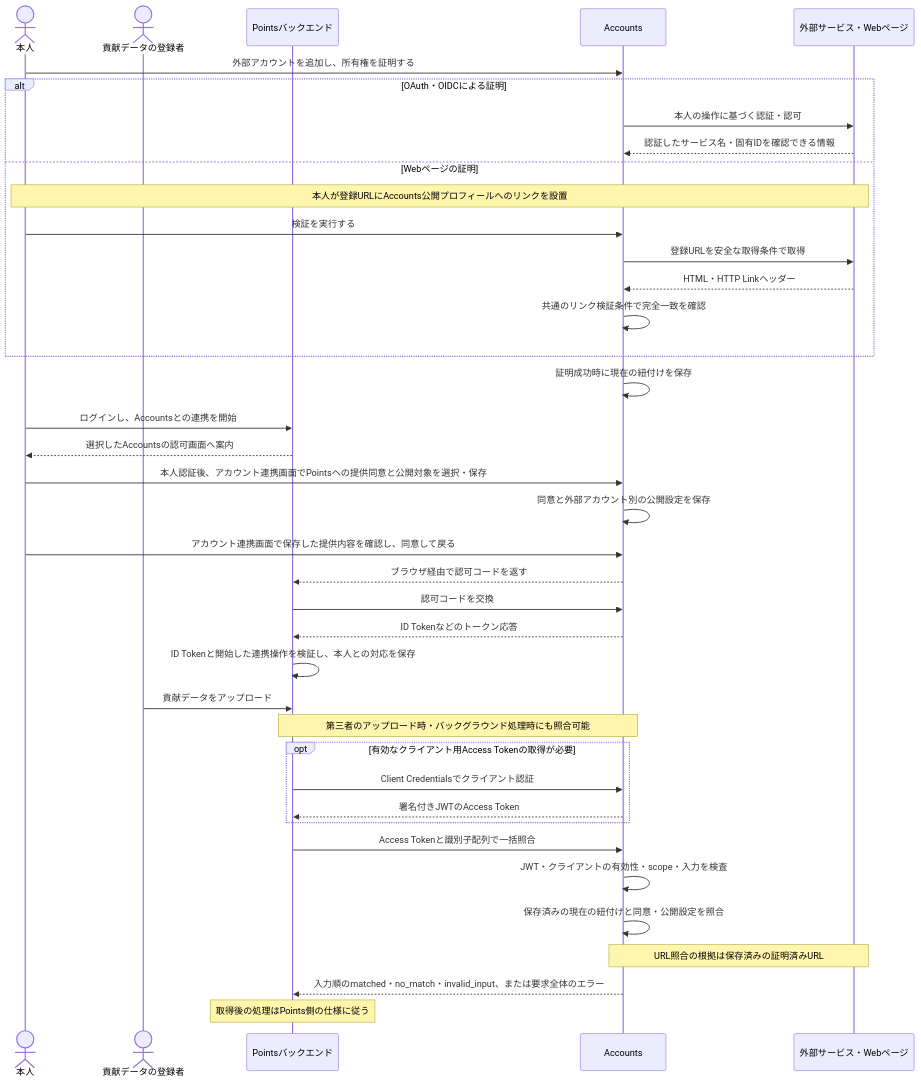
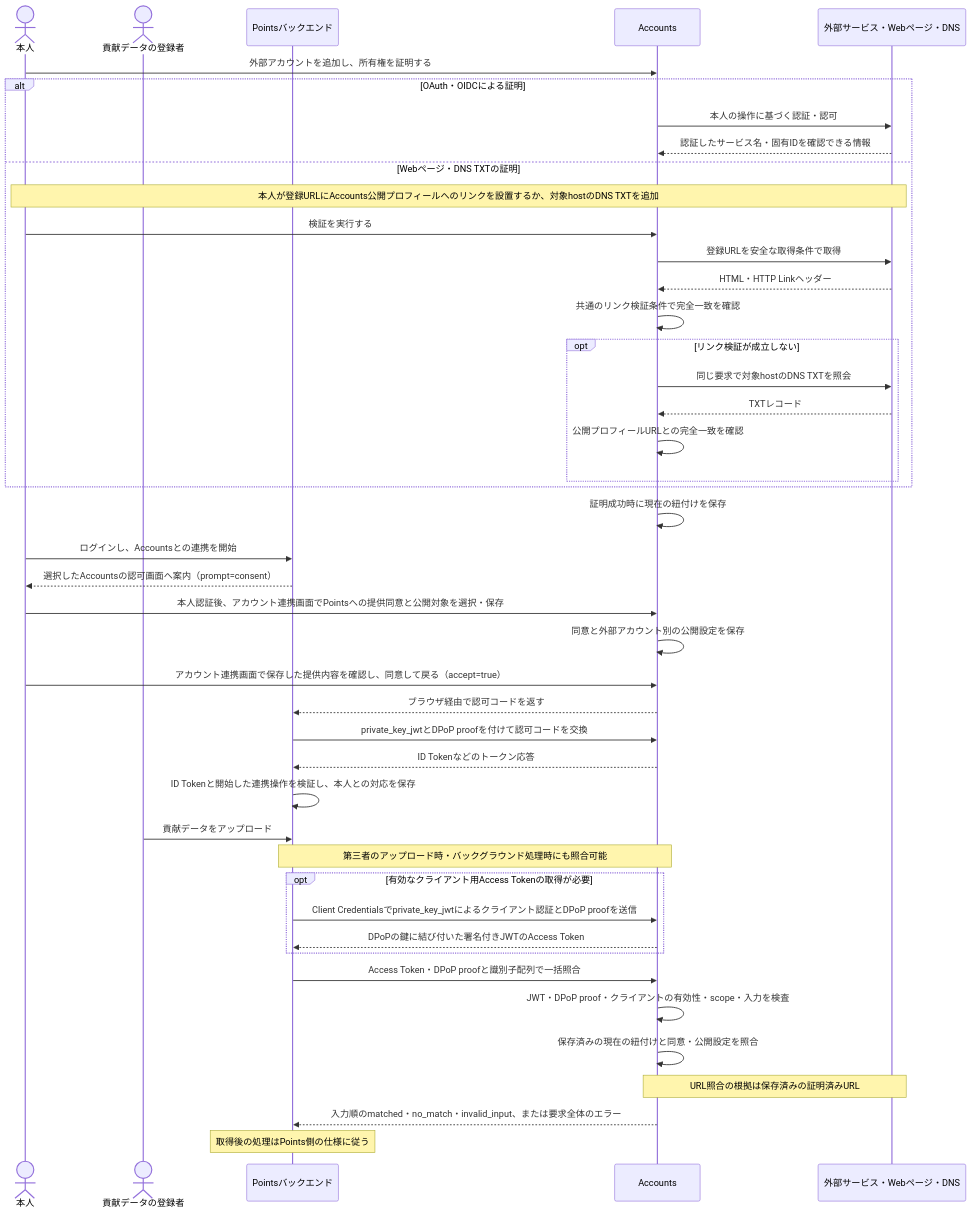
The first of 2 diagrams in projects/accounts-web-app/docs/specification/v0.1/main.ja.md (yuichisugio/freeism), drawn with Mermaid before and after one commit. The commit also changed other lines of this file and 7 other files, not shown here.

````diff
--- a/projects/accounts-web-app/docs/specification/v0.1/main.ja.md
+++ b/projects/accounts-web-app/docs/specification/v0.1/main.ja.md
@@ -465,44 +494,49 @@
 ```mermaid
 sequenceDiagram
     actor Owner as 本人
     actor Uploader as 貢献データの登録者
     participant Points as Pointsバックエンド
     participant Accounts as Accounts
-    participant External as 外部サービス・Webページ
+    participant External as 外部サービス・Webページ・DNS
 
     Owner->>Accounts: 外部アカウントを追加し、所有権を証明する
     alt OAuth・OIDCによる証明
         Accounts->>External: 本人の操作に基づく認証・認可
         External-->>Accounts: 認証したサービス名・固有IDを確認できる情報
-    else Webページの証明
-        Note over Owner,External: 本人が登録URLにAccounts公開プロフィールへのリンクを設置
+    else Webページ・DNS TXTの証明
+        Note over Owner,External: 本人が登録URLにAccounts公開プロフィールへのリンクを設置するか、対象hostのDNS TXTを追加
         Owner->>Accounts: 検証を実行する
         Accounts->>External: 登録URLを安全な取得条件で取得
         External-->>Accounts: HTML・HTTP Linkヘッダー
         Accounts->>Accounts: 共通のリンク検証条件で完全一致を確認
+        opt リンク検証が成立しない
+            Accounts->>External: 同じ要求で対象hostのDNS TXTを照会
+            External-->>Accounts: TXTレコード
+            Accounts->>Accounts: 公開プロフィールURLとの完全一致を確認
+        end
     end
     Accounts->>Accounts: 証明成功時に現在の紐付けを保存
 
     Owner->>Points: ログインし、Accountsとの連携を開始
-    Points-->>Owner: 選択したAccountsの認可画面へ案内
+    Points-->>Owner: 選択したAccountsの認可画面へ案内（prompt=consent）
     Owner->>Accounts: 本人認証後、アカウント連携画面でPointsへの提供同意と公開対象を選択・保存
     Accounts->>Accounts: 同意と外部アカウント別の公開設定を保存
-    Owner->>Accounts: アカウント連携画面で保存した提供内容を確認し、同意して戻る
+    Owner->>Accounts: アカウント連携画面で保存した提供内容を確認し、同意して戻る（accept=true）
     Accounts-->>Points: ブラウザ経由で認可コードを返す
-    Points->>Accounts: 認可コードを交換
+    Points->>Accounts: private_key_jwtとDPoP proofを付けて認可コードを交換
     Accounts-->>Points: ID Tokenなどのトークン応答
     Points->>Points: ID Tokenと開始した連携操作を検証し、本人との対応を保存
 
     Uploader->>Points: 貢献データをアップロード
     Note over Points,Accounts: 第三者のアップロード時・バックグラウンド処理時にも照合可能
     opt 有効なクライアント用Access Tokenの取得が必要
-        Points->>Accounts: Client Credentialsでクライアント認証
-        Accounts-->>Points: 署名付きJWTのAccess Token
+        Points->>Accounts: Client Credentialsでprivate_key_jwtによるクライアント認証とDPoP proofを送信
+        Accounts-->>Points: DPoPの鍵に結び付いた署名付きJWTのAccess Token
     end
-    Points->>Accounts: Access Tokenと識別子配列で一括照合
-    Accounts->>Accounts: JWT・クライアントの有効性・scope・入力を検査
+    Points->>Accounts: Access Token・DPoP proofと識別子配列で一括照合
+    Accounts->>Accounts: JWT・DPoP proof・クライアントの有効性・scope・入力を検査
     Accounts->>Accounts: 保存済みの現在の紐付けと同意・公開設定を照合
     Note over Accounts,External: URL照合の根拠は保存済みの証明済みURL
     Accounts-->>Points: 入力順のmatched・no_match・invalid_input、または要求全体のエラー
     Note over Points: 取得後の処理はPoints側の仕様に従う
 ```
````
